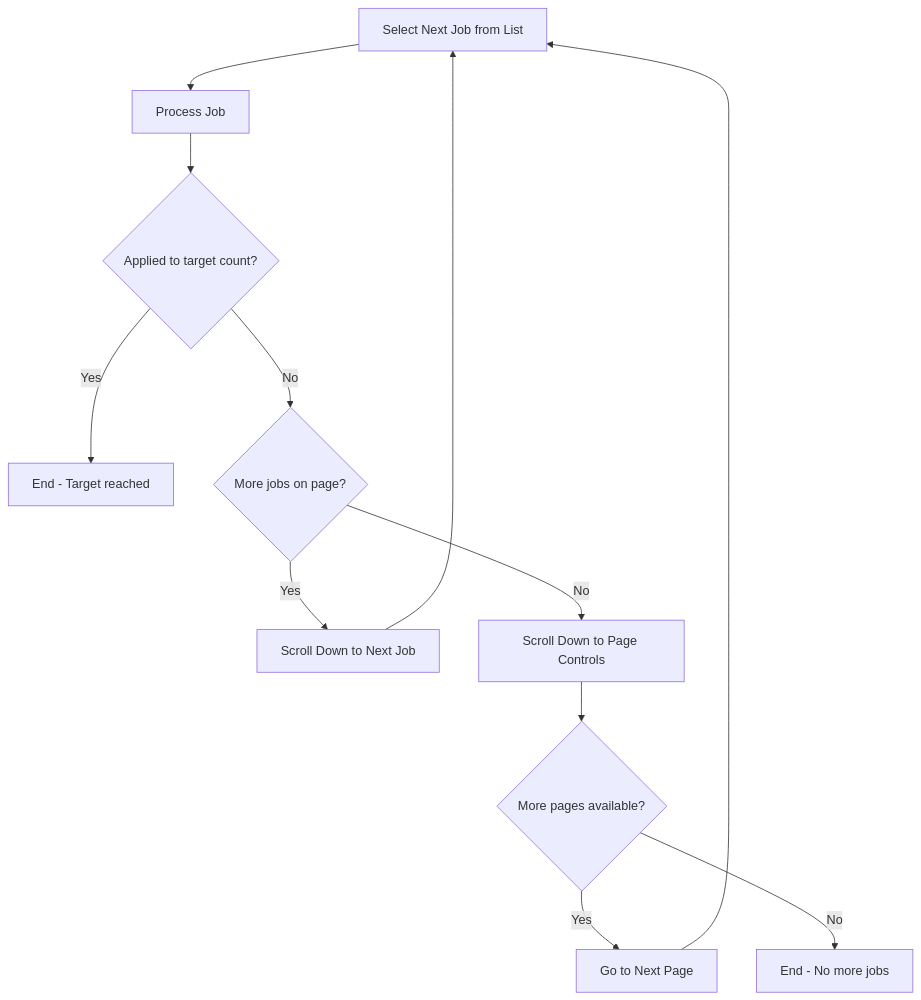
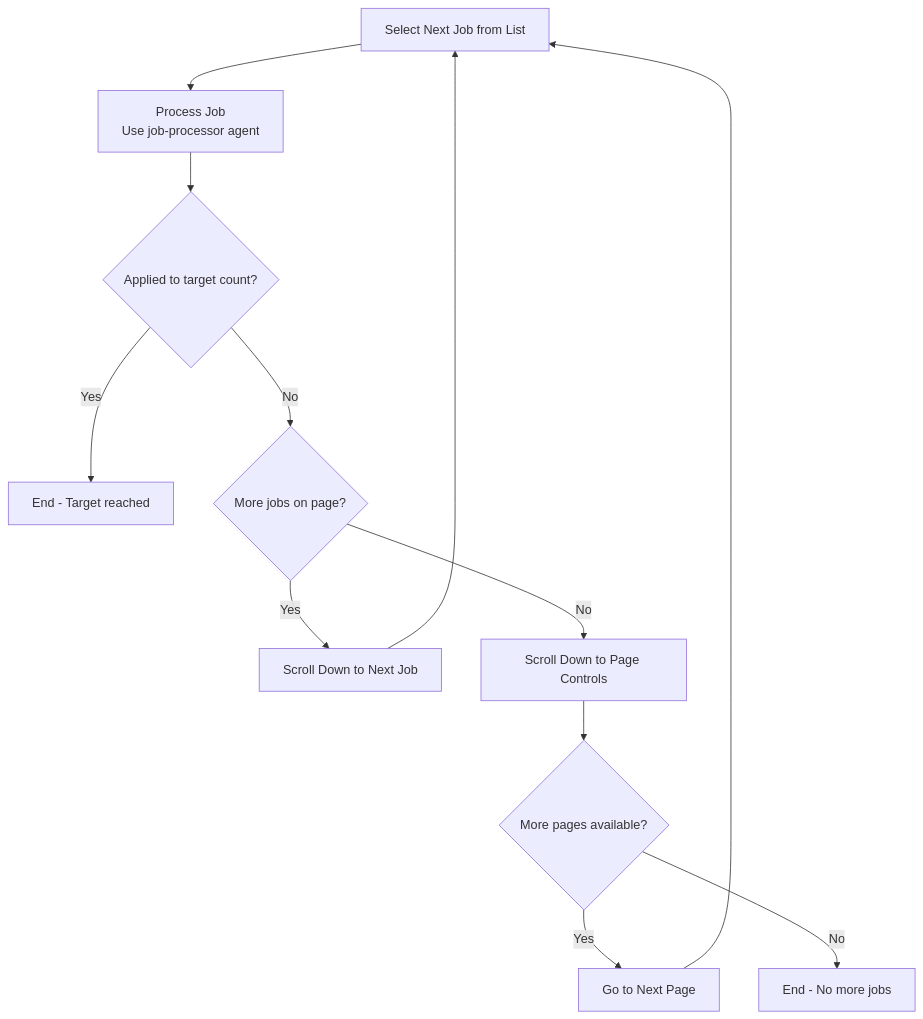
One commit to o2alexanderfedin/linkedin-job-automation changed the diagram in .claude/commands/browse-apply-jobs.md. Above: the diagram before and after it, drawn with Mermaid. The commit also changed 2 other files, not shown here.

Commit message:
Enhance job processor with single-job focus and comprehensive application tracking
- Create job-processor agent with strict single-job browser constraint
- Add enhanced application tracking with relevance scores and reasoning
- Update browse-apply-jobs to delegate job processing to specialized agent
- Enforce mandatory application-logger invocation after successful applications

🤖 Generated with [Claude Code](https://claude.ai/code)

````diff
--- a/.claude/commands/browse-apply-jobs.md
+++ b/.claude/commands/browse-apply-jobs.md
@@ -31,14 +31,14 @@
 ```mermaid
 flowchart TD
-    A[Select Next Job from List] --> B[Process Job]
+    A[Select Next Job from List] --> B["Process Job <br/> Use job-processor agent"]
     B --> C{Applied to target count?}
     C -->|Yes| D[End - Target reached]
     C -->|No| E{More jobs on page?}
     E -->|Yes| F[Scroll Down to Next Job]
     F --> A
     E -->|No| G[Scroll Down to Page Controls]
     G --> H{More pages available?}
     H -->|Yes| I[Go to Next Page]
     I --> A
     H -->|No| J[End - No more jobs]
 ```
````
